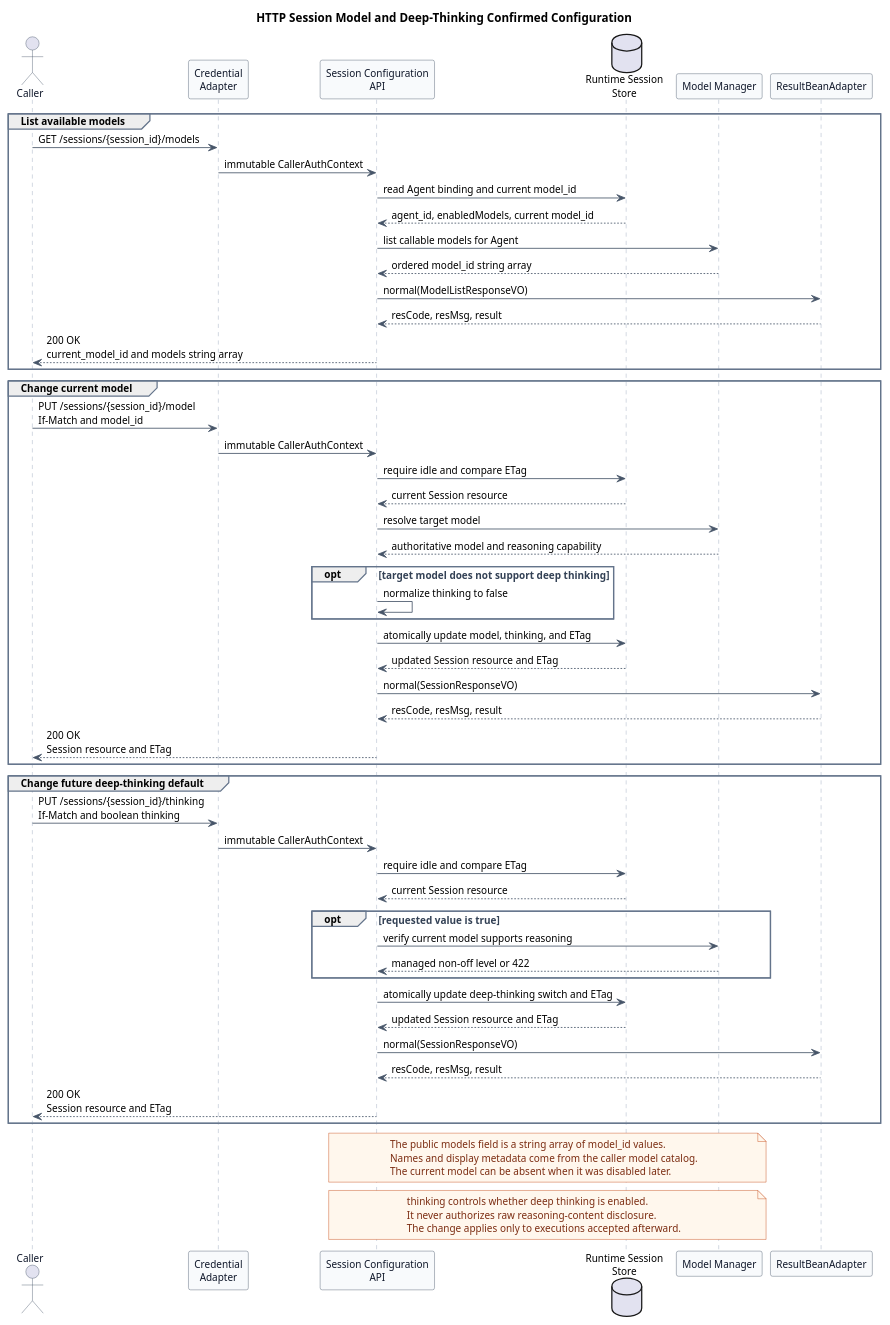
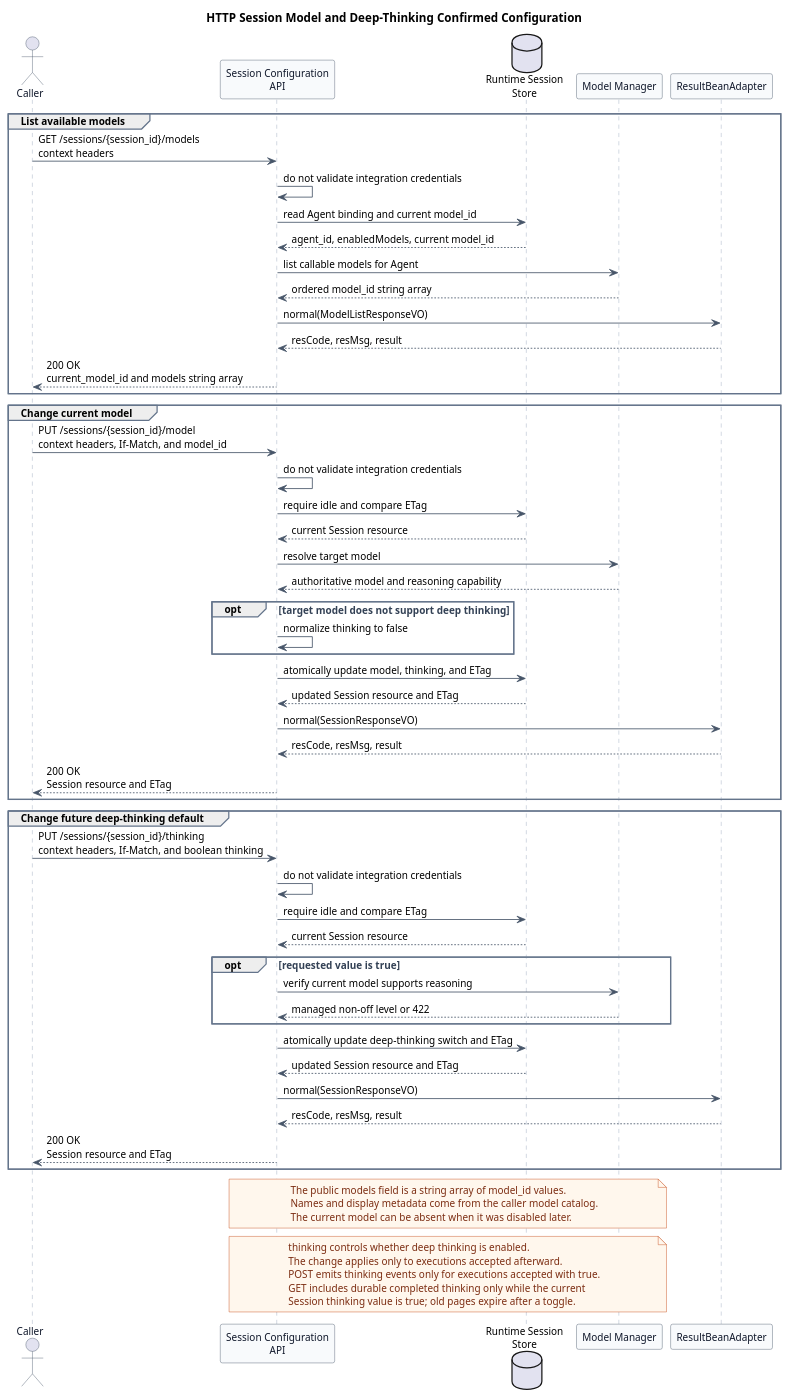
The diagram in pi-mono-java-manager-driven-multi-agent-runtime/diagrams/session-configuration/diagram.puml (ssm0808/pi-mono-java-design), drawn with PlantUML before and after one commit. The commit also changed 33 other files, not shown here.

Commit message:
docs(runtime): 收敛 thinking 事件可见性契约

```diff
--- a/pi-mono-java-manager-driven-multi-agent-runtime/diagrams/session-configuration/diagram.puml
+++ b/pi-mono-java-manager-driven-multi-agent-runtime/diagrams/session-configuration/diagram.puml
@@ -1,108 +1,110 @@
 @startuml http_session_model_configuration
 title HTTP Session Model and Deep-Thinking Confirmed Configuration
 
 ' Source evidence (pi-mono commit 086c32e74530564922d011ade23ff582c9d63116):
 ' packages/coding-agent/src/core/agent-session.ts, setModel and setThinkingLevel,
 ' lines 1586-1600 and 1684-1730
 ' packages/ai/src/types.ts, Model, lines 793-809
 ' packages/ai/src/models.ts, getSupportedThinkingLevels, lines 900-910
 ' Source evidence (pi-mono-java commit 8691e8800f05f28afe22499050c29220ef5b7475):
 ' modules/coding-agent-cli/src/main/java/com/campusclaw/codingagent/runtimeapi/session/RuntimeSessionConfigurationService.java.
 ' modules/coding-agent-cli/src/main/java/com/campusclaw/codingagent/runtimeapi/web/RuntimeSessionConfigurationController.java.
 ' modules/coding-agent-cli/src/main/java/com/campusclaw/codingagent/runtimeapi/model/CatalogRuntimeModelManager.java.
 ' Observed behavior: both pi baselines can list models and change the active model.
 ' Their thinkingLevel values control model reasoning effort.
 ' Confirmed product constraint: HTTP thinking is a boolean deep-thinking switch; false maps to off,
 ' while true maps to a managed non-off level supported by the current model and Agent.
-' Security hardening: model discovery is Session-scoped and exposes only model_id;
-' raw reasoning content is never enabled by the public deep-thinking switch.
+' Security hardening: model discovery is Session-scoped and exposes only model_id.
 ' Architecture change: HTTP configuration writes require an idle Session and a matching ETag.
+' Architecture change: completed thinking content becomes conditionally public in POST and GET events.
+' Product constraint: all Runtime operations carry integration-context headers without local validation.
 ' Design reason: prevent a configuration change from racing with an active execution while
 ' returning the common Session resource after every successful mutation.
 
 skinparam backgroundColor #FFFFFF
 skinparam shadowing false
 skinparam defaultFontName Arial
 skinparam defaultFontSize 12
 skinparam sequence {
   ArrowColor #475569
   ActorBorderColor #475569
   ActorFontColor #0F172A
   LifeLineBorderColor #94A3B8
   LifeLineBackgroundColor #F8FAFC
   ParticipantBorderColor #475569
   ParticipantBackgroundColor #F8FAFC
   ParticipantFontColor #0F172A
   GroupBorderColor #64748B
   GroupFontColor #334155
 }
 skinparam note {
   BackgroundColor #FFF7ED
   BorderColor #C2410C
   FontColor #7C2D12
 }
 
 actor Caller
-participant "Credential\nAdapter" as Auth
 participant "Session Configuration\nAPI" as API
 database "Runtime Session\nStore" as Store
 participant "Model Manager" as Models
 participant ResultBeanAdapter
 
 group List available models
-  Caller -> Auth : GET /sessions/{session_id}/models
-  Auth -> API : immutable CallerAuthContext
+  Caller -> API : GET /sessions/{session_id}/models\ncontext headers
+  API -> API : do not validate integration credentials
   API -> Store : read Agent binding and current model_id
   Store --> API : agent_id, enabledModels, current model_id
   API -> Models : list callable models for Agent
   Models --> API : ordered model_id string array
   API -> ResultBeanAdapter : normal(ModelListResponseVO)
   ResultBeanAdapter --> API : resCode, resMsg, result
   API --> Caller : 200 OK\ncurrent_model_id and models string array
 end
 
 group Change current model
-  Caller -> Auth : PUT /sessions/{session_id}/model\nIf-Match and model_id
-  Auth -> API : immutable CallerAuthContext
+  Caller -> API : PUT /sessions/{session_id}/model\ncontext headers, If-Match, and model_id
+  API -> API : do not validate integration credentials
   API -> Store : require idle and compare ETag
   Store --> API : current Session resource
   API -> Models : resolve target model
   Models --> API : authoritative model and reasoning capability
   opt target model does not support deep thinking
     API -> API : normalize thinking to false
   end
   API -> Store : atomically update model, thinking, and ETag
   Store --> API : updated Session resource and ETag
   API -> ResultBeanAdapter : normal(SessionResponseVO)
   ResultBeanAdapter --> API : resCode, resMsg, result
   API --> Caller : 200 OK\nSession resource and ETag
 end
 
 group Change future deep-thinking default
-  Caller -> Auth : PUT /sessions/{session_id}/thinking\nIf-Match and boolean thinking
-  Auth -> API : immutable CallerAuthContext
+  Caller -> API : PUT /sessions/{session_id}/thinking\ncontext headers, If-Match, and boolean thinking
+  API -> API : do not validate integration credentials
   API -> Store : require idle and compare ETag
   Store --> API : current Session resource
   opt requested value is true
     API -> Models : verify current model supports reasoning
     Models --> API : managed non-off level or 422
   end
   API -> Store : atomically update deep-thinking switch and ETag
   Store --> API : updated Session resource and ETag
   API -> ResultBeanAdapter : normal(SessionResponseVO)
   ResultBeanAdapter --> API : resCode, resMsg, result
   API --> Caller : 200 OK\nSession resource and ETag
 end
 
 note over API,Models
 The public models field is a string array of model_id values.
 Names and display metadata come from the caller model catalog.
 The current model can be absent when it was disabled later.
 end note
 
 note over API,Models
 thinking controls whether deep thinking is enabled.
-It never authorizes raw reasoning-content disclosure.
 The change applies only to executions accepted afterward.
+POST emits thinking events only for executions accepted with true.
+GET includes durable completed thinking only while the current
+Session thinking value is true; old pages expire after a toggle.
 end note
 @enduml
```
